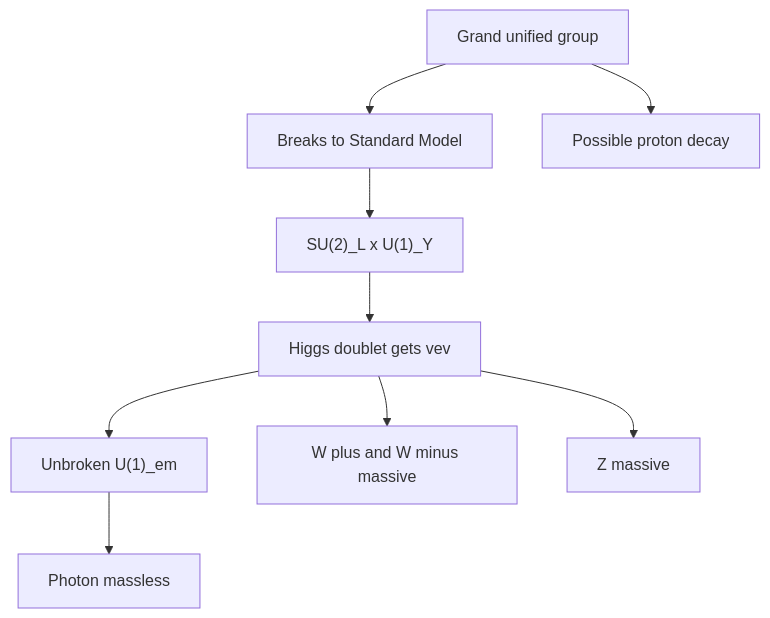
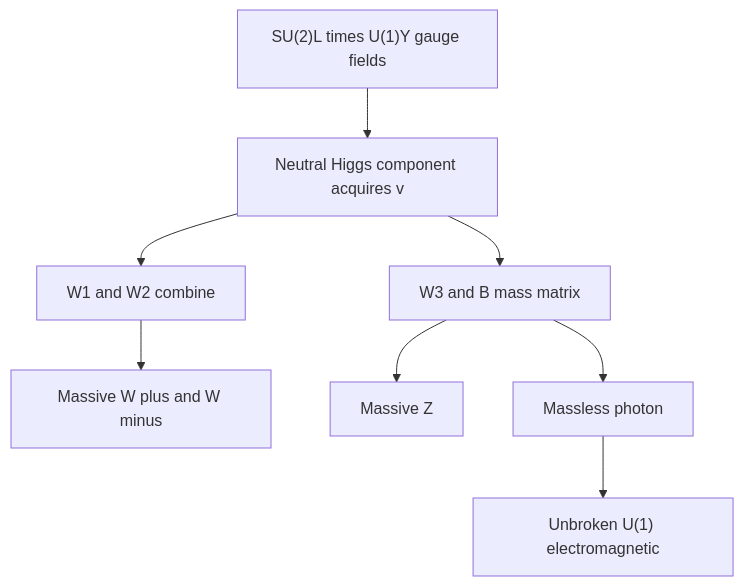
The diagram in docs/physics/quantum-field-theory/electroweak-theory-and-grand-unification.md (justinbrianhwang/SJ-wiki), drawn with Mermaid before and after one commit. The commit also changed other lines of this file and 166 other files, not shown here.

````diff
--- a/docs/physics/quantum-field-theory/electroweak-theory-and-grand-unification.md
+++ b/docs/physics/quantum-field-theory/electroweak-theory-and-grand-unification.md
@@ -115,11 +169,10 @@
 ```mermaid
 flowchart TD
-  A["SU(2)_L x U(1)_Y"] --> B[Higgs doublet gets vev]
-  B --> C["Unbroken U(1)_em"]
-  B --> D[W plus and W minus massive]
-  B --> E[Z massive]
-  C --> F[Photon massless]
-  G[Grand unified group] --> H[Breaks to Standard Model]
-  H --> A
-  G --> I[Possible proton decay]
+  A["SU(2)L times U(1)Y gauge fields"] --> B["Neutral Higgs component acquires v"]
+  B --> C["W1 and W2 combine"]
+  C --> D["Massive W plus and W minus"]
+  B --> E["W3 and B mass matrix"]
+  E --> F["Massive Z"]
+  E --> G["Massless photon"]
+  G --> H["Unbroken U(1) electromagnetic"]
 ```
````
